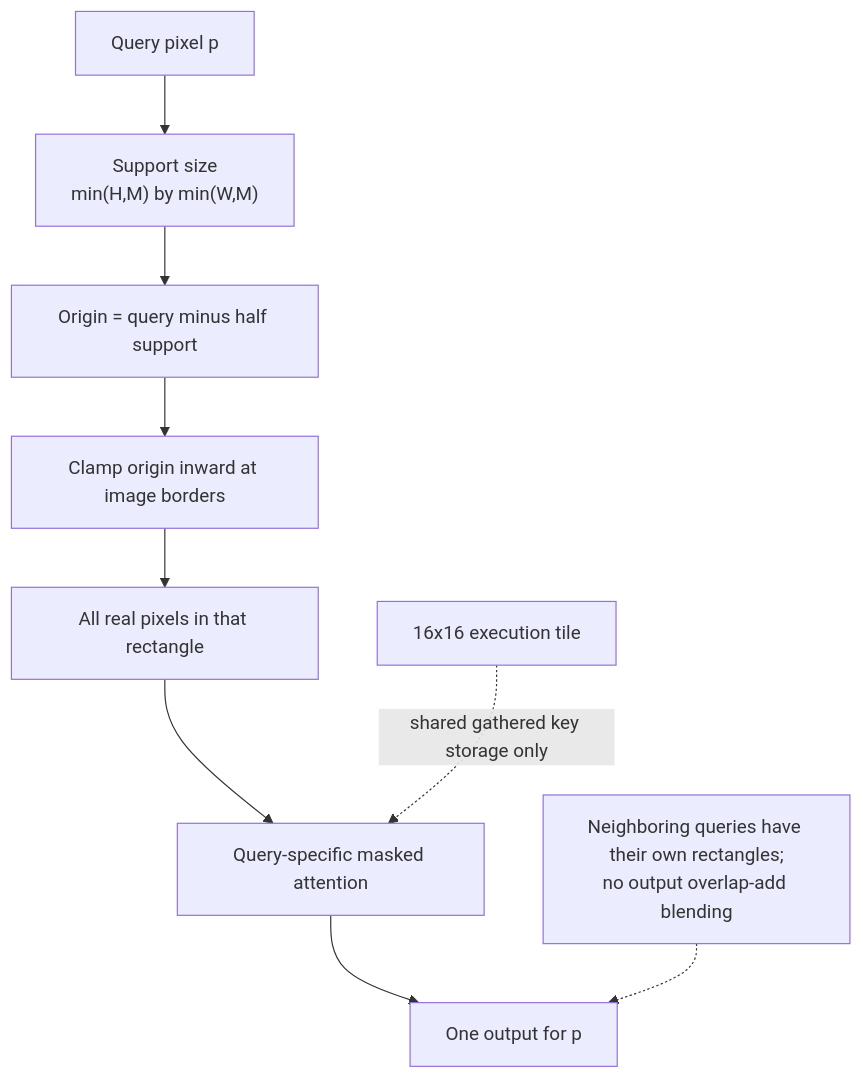
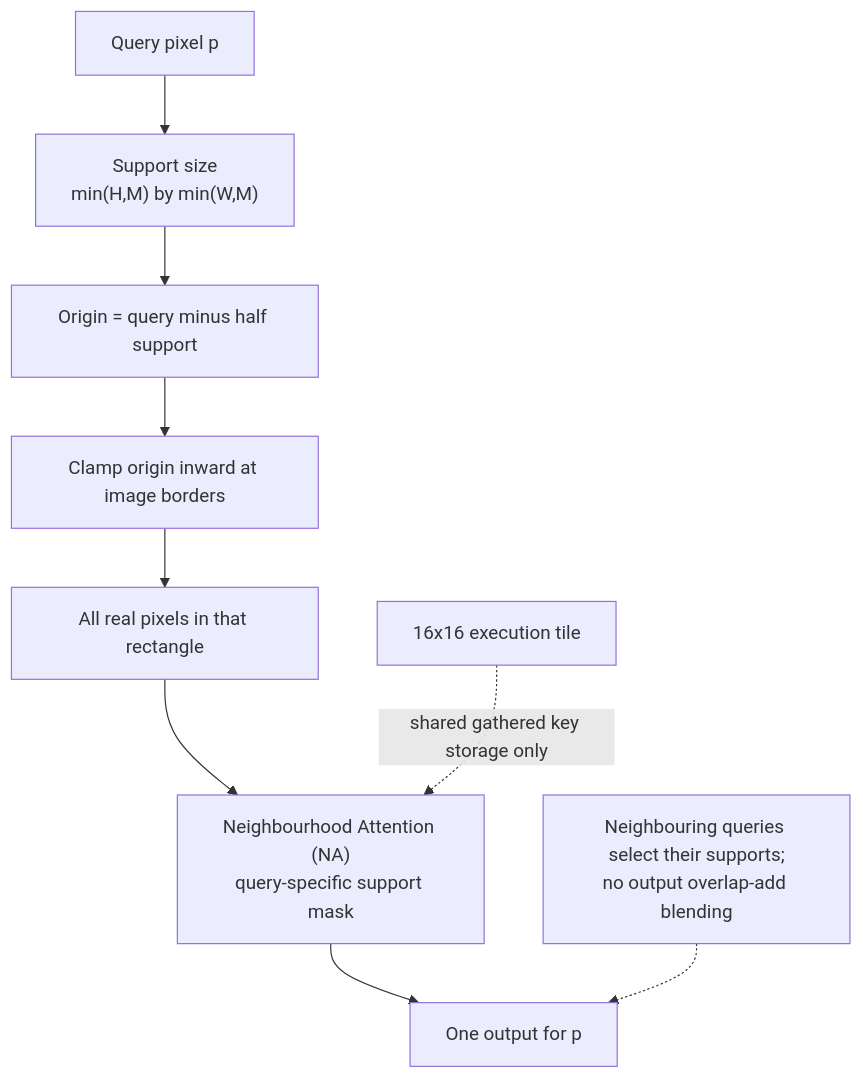
Before and after one commit to Rift73/DUAL: the third of 5 diagrams in README.md, drawn with Mermaid. The commit also changed other lines of this file and 1 other file, not shown here.

Commit message:
Document Neighbourhood Attention and current execution paths

````diff
--- a/README.md
+++ b/README.md
@@ -95,11 +97,11 @@
 ```mermaid
 flowchart TB
   Q["Query pixel p"] --> SIZE["Support size<br/>min(H,M) by min(W,M)"]
   SIZE --> ORIGIN["Origin = query minus half support"]
   ORIGIN --> CLAMP["Clamp origin inward at image borders"]
   CLAMP --> RECT["All real pixels in that rectangle"]
-  RECT --> ATTN["Query-specific masked attention"]
+  RECT --> ATTN["Neighbourhood Attention (NA)<br/>query-specific support mask"]
   ATTN --> OUT["One output for p"]
   TILE["16x16 execution tile"] -. "shared gathered key storage only" .-> ATTN
-  NOTE["Neighboring queries have their own rectangles;<br/>no output overlap-add blending"] -.-> OUT
+  NOTE["Neighbouring queries select their supports;<br/>no output overlap-add blending"] -.-> OUT
 ```
````
